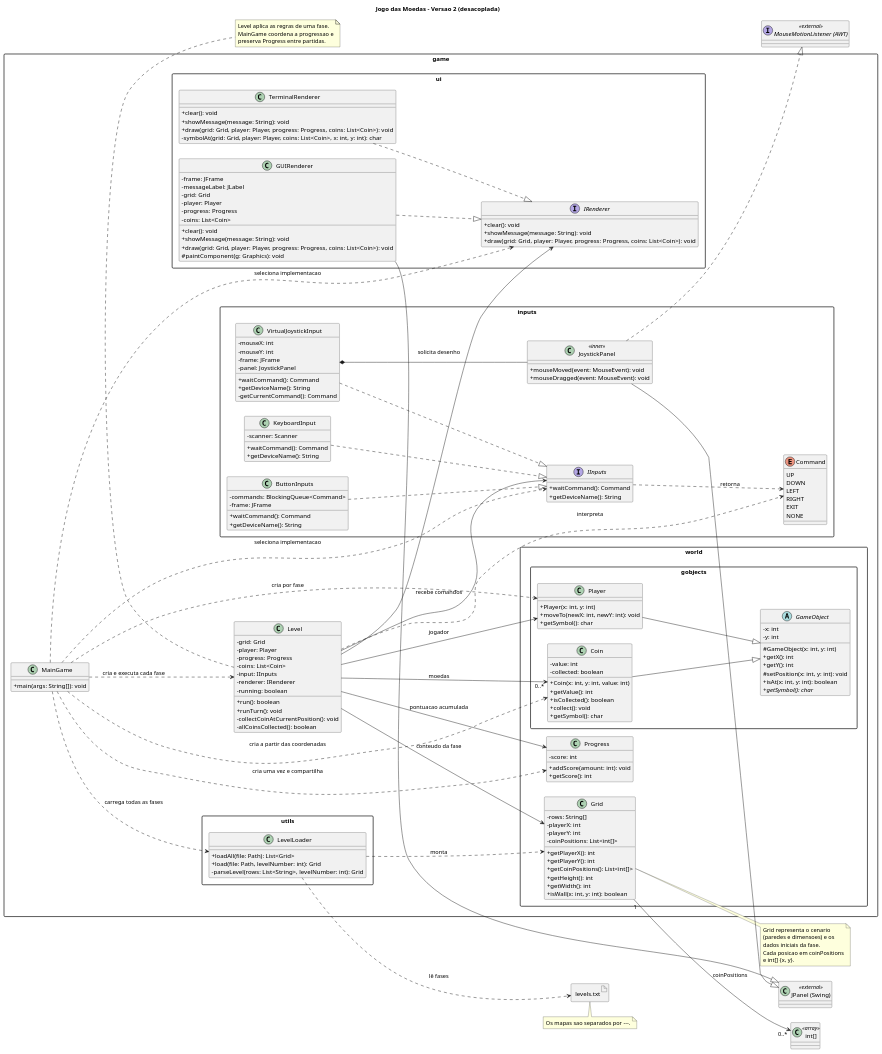
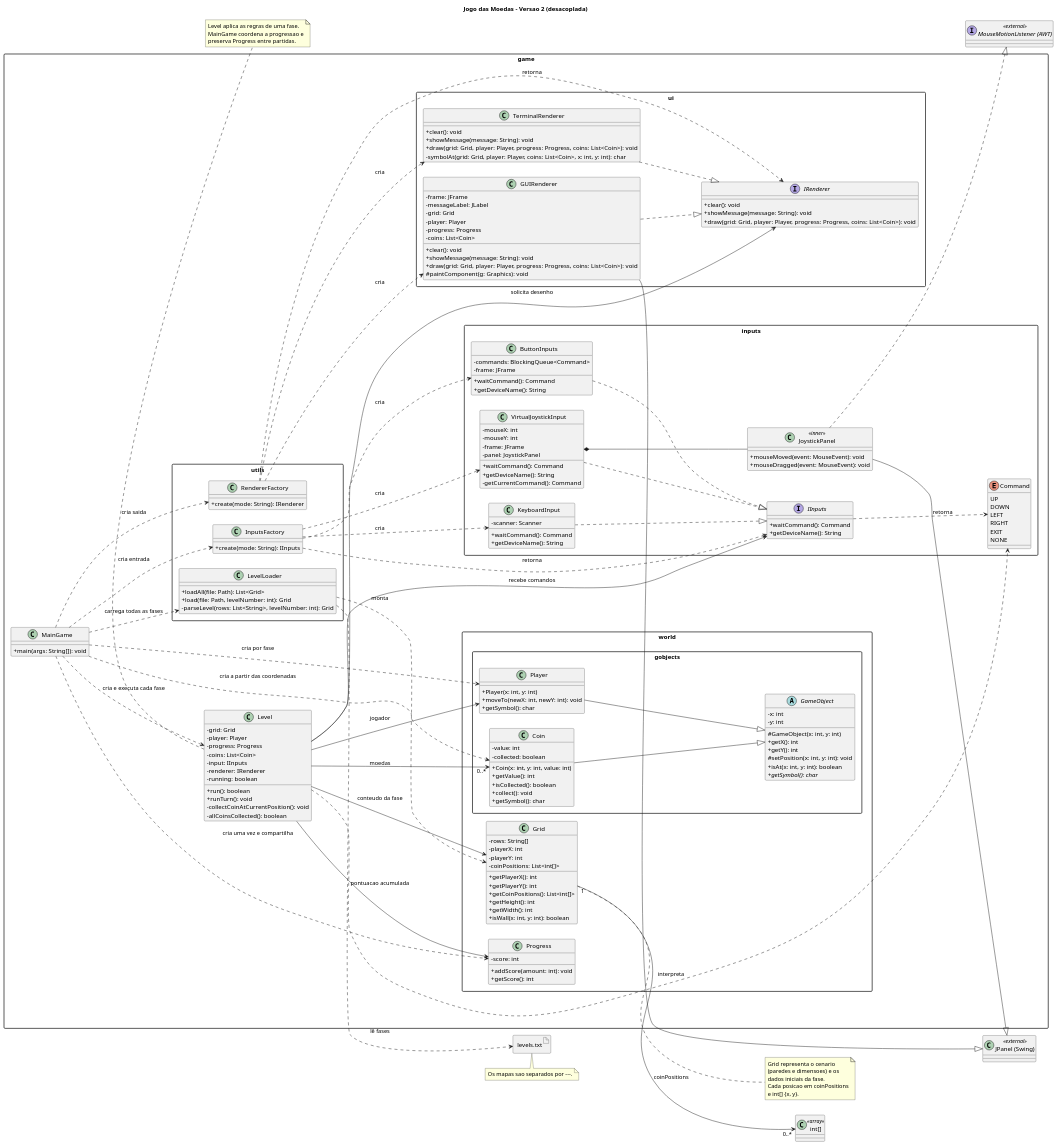
One commit to mateus-oliveira/jogo-das-moedas changed the diagram in uml.puml. Above: the diagram before and after it, drawn with PlantUML. The commit also changed 4 other files, not shown here.

```diff
--- a/uml.puml
+++ b/uml.puml
@@ -29,6 +29,14 @@
       +loadAll(file: Path): List<Grid>
       +load(file: Path, levelNumber: int): Grid
       -parseLevel(rows: List<String>, levelNumber: int): Grid
+     }
+
+     class InputsFactory {
+       +create(mode: String): IInputs
+     }
+
+     class RendererFactory {
+       +create(mode: String): IRenderer
      }
    }
 
@@ -162,13 +170,20 @@
 
  MainGame ..> LevelLoader : carrega todas as fases
  MainGame ..> Level : cria e executa cada fase
- MainGame ..> IInputs : seleciona implementacao
- MainGame ..> IRenderer : seleciona implementacao
+ MainGame ..> InputsFactory : cria entrada
+ MainGame ..> RendererFactory : cria saida
  MainGame ..> Progress : cria uma vez e compartilha
  MainGame ..> Player : cria por fase
  MainGame ..> Coin : cria a partir das coordenadas
  LevelLoader ..> LevelsFile : lê fases
  LevelLoader ..> Grid : monta
+ InputsFactory ..> IInputs : retorna
+ InputsFactory ..> KeyboardInput : cria
+ InputsFactory ..> ButtonInputs : cria
+ InputsFactory ..> VirtualJoystickInput : cria
+ RendererFactory ..> IRenderer : retorna
+ RendererFactory ..> TerminalRenderer : cria
+ RendererFactory ..> GUIRenderer : cria
 
  Level --> Grid : conteudo da fase
  Level --> Player : jogador
```
